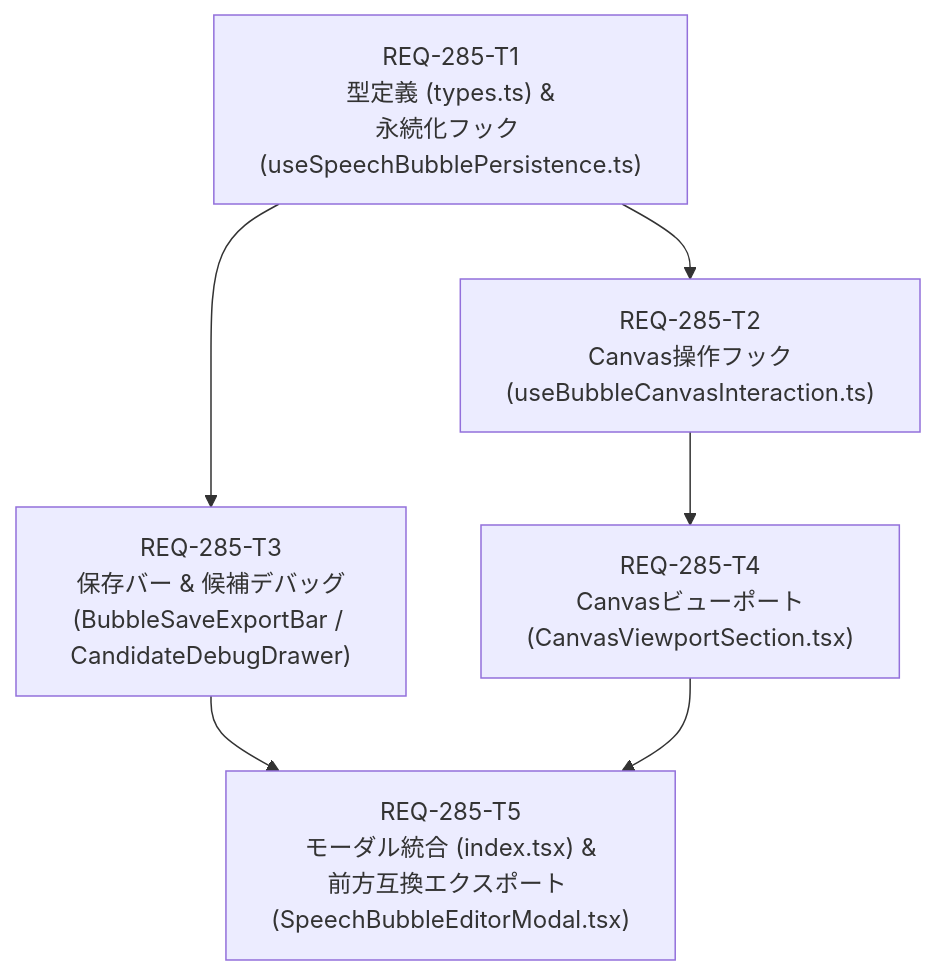
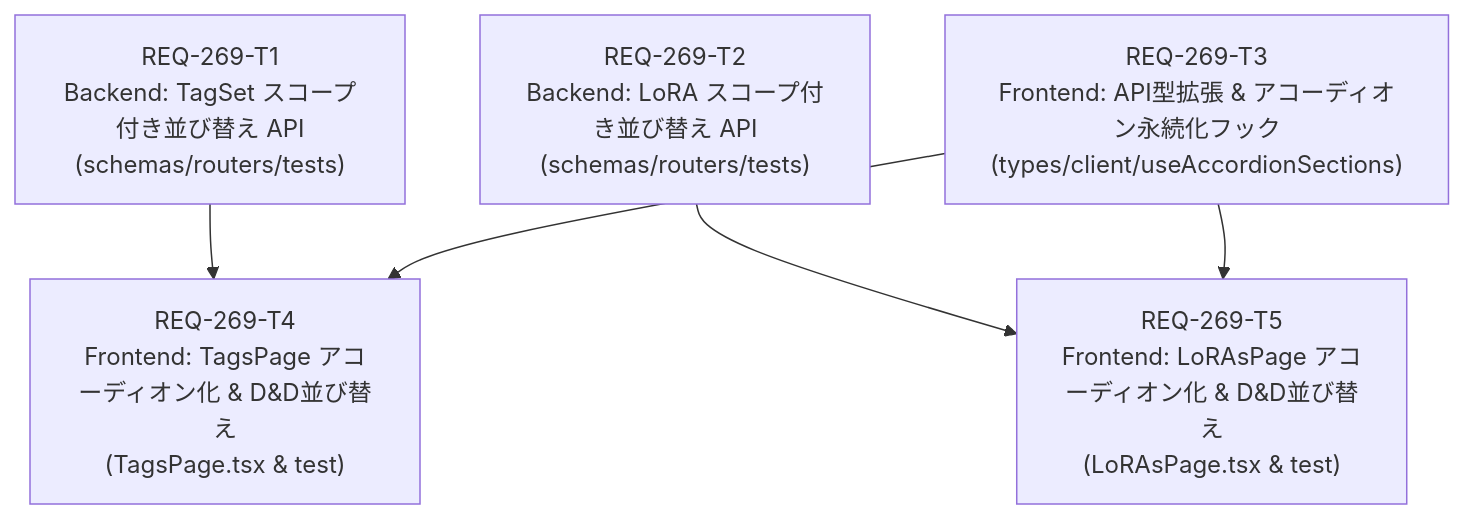
Before and after one commit to TAKE4548/comfy-create-helper2: the diagram in implementation_plan.md, drawn with Mermaid. The commit also changed other lines of this file and 22 other files, not shown here.

````diff
--- a/implementation_plan.md
+++ b/implementation_plan.md
@@ -24,14 +26,13 @@
 ```mermaid
 graph TD
-    T1["REQ-285-T1<br/>型定義 (types.ts) &<br/>永続化フック (useSpeechBubblePersistence.ts)"]
-    T2["REQ-285-T2<br/>Canvas操作フック<br/>(useBubbleCanvasInteraction.ts)"]
-    T3["REQ-285-T3<br/>保存バー & 候補デバッグ<br/>(BubbleSaveExportBar / CandidateDebugDrawer)"]
-    T4["REQ-285-T4<br/>Canvasビューポート<br/>(CanvasViewportSection.tsx)"]
-    T5["REQ-285-T5<br/>モーダル統合 (index.tsx) &<br/>前方互換エクスポート (SpeechBubbleEditorModal.tsx)"]
+    T1["REQ-269-T1<br/>Backend: TagSet スコープ付き並び替え API<br/>(schemas/routers/tests)"]
+    T2["REQ-269-T2<br/>Backend: LoRA スコープ付き並び替え API<br/>(schemas/routers/tests)"]
+    T3["REQ-269-T3<br/>Frontend: API型拡張 & アコーディオン永続化フック<br/>(types/client/useAccordionSections)"]
+    T4["REQ-269-T4<br/>Frontend: TagsPage アコーディオン化 & D&D並び替え<br/>(TagsPage.tsx & test)"]
+    T5["REQ-269-T5<br/>Frontend: LoRAsPage アコーディオン化 & D&D並び替え<br/>(LoRAsPage.tsx & test)"]
 
-    T1 --> T2
-    T1 --> T3
-    T2 --> T4
+    T1 --> T4
+    T3 --> T4
+    T2 --> T5
     T3 --> T5
-    T4 --> T5
 ```
````
